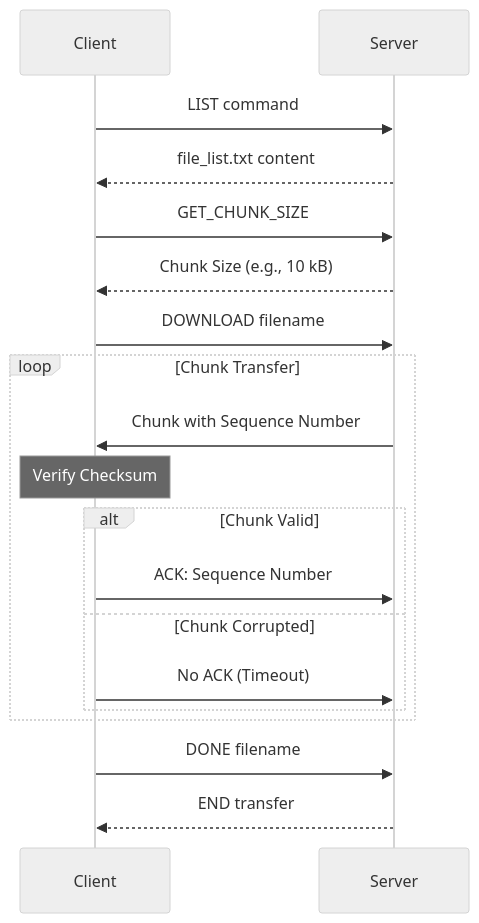
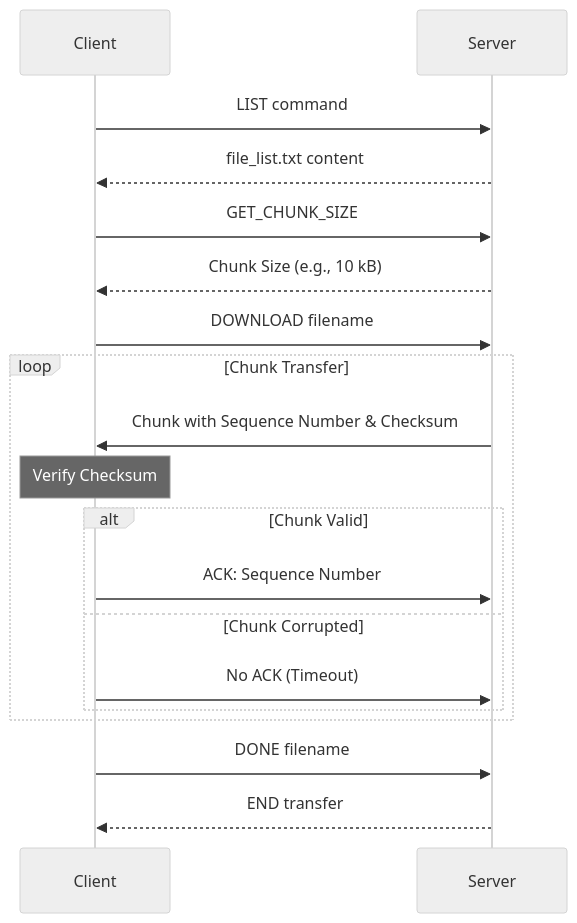
Before and after one commit to Phuquy1805/NetworkingProject: the diagram in README.md, drawn with Mermaid (neutral theme).

````diff
--- a/README.md
+++ b/README.md
@@ -69,28 +69,28 @@
 ```mermaid
 sequenceDiagram
     participant Client
     participant Server
     
     # File List Request
     Client->>Server: LIST command
     Server-->>Client: file_list.txt content
     
     # Download Preparation
     Client->>Server: GET_CHUNK_SIZE
     Server-->>Client: Chunk Size (e.g., 10 kB)
     
     # File Download
     Client->>Server: DOWNLOAD filename
     loop Chunk Transfer
-        Server->>Client: Chunk with Sequence Number
+        Server->>Client: Chunk with Sequence Number & Checksum
         Note over Client: Verify Checksum
         alt Chunk Valid
             Client->>Server: ACK: Sequence Number
         else Chunk Corrupted
             Client->>Server: No ACK (Timeout)
         end
     end
     
     Client->>Server: DONE filename
     Server-->>Client: END transfer
 ```
````
